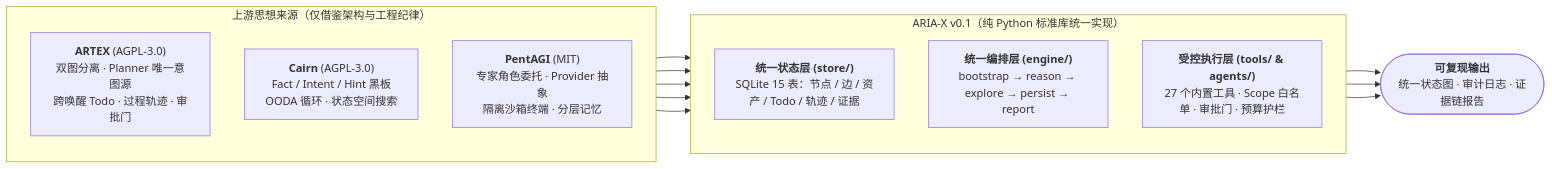
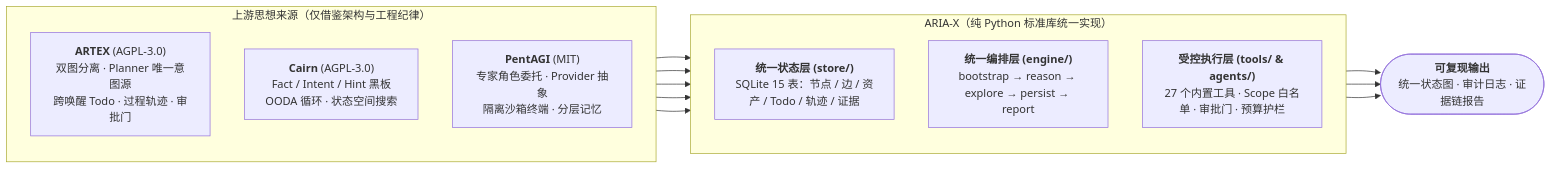
The diagram in README.md (01NGVI-QINGYI/ARIA-X), drawn with Mermaid before and after one commit. The commit also changed other lines of this file and 3 other files, not shown here.

Commit message:
docs(readme,release): drop v0.1 from README diagram and refresh CHANGELOG/SHA256SUMS

````diff
--- a/README.md
+++ b/README.md
@@ -53,20 +53,20 @@
 ```mermaid
 flowchart LR
     subgraph UP["上游思想来源（仅借鉴架构与工程纪律）"]
         direction TB
         A["<b>ARTEX</b> (AGPL-3.0)<br/>双图分离 · Planner 唯一意图源<br/>跨唤醒 Todo · 过程轨迹 · 审批门"]
         C["<b>Cairn</b> (AGPL-3.0)<br/>Fact / Intent / Hint 黑板<br/>OODA 循环 · 状态空间搜索"]
         P["<b>PentAGI</b> (MIT)<br/>专家角色委托 · Provider 抽象<br/>隔离沙箱终端 · 分层记忆"]
     end
 
-    subgraph CORE["ARIA-X v0.1（纯 Python 标准库统一实现）"]
+    subgraph CORE["ARIA-X（纯 Python 标准库统一实现）"]
         direction TB
         ST["<b>统一状态层 (store/)</b><br/>SQLite 15 表：节点 / 边 / 资产 / Todo / 轨迹 / 证据"]
         OR["<b>统一编排层 (engine/)</b><br/>bootstrap → reason → explore → persist → report"]
         EX["<b>受控执行层 (tools/ & agents/)</b><br/>27 个内置工具 · Scope 白名单 · 审批门 · 预算护栏"]
     end
 
     A & C --> ST & OR
     P --> EX
     ST & OR & EX --> OUT(["<b>可复现输出</b><br/>统一状态图 · 审计日志 · 证据链报告"])
 ```
````
